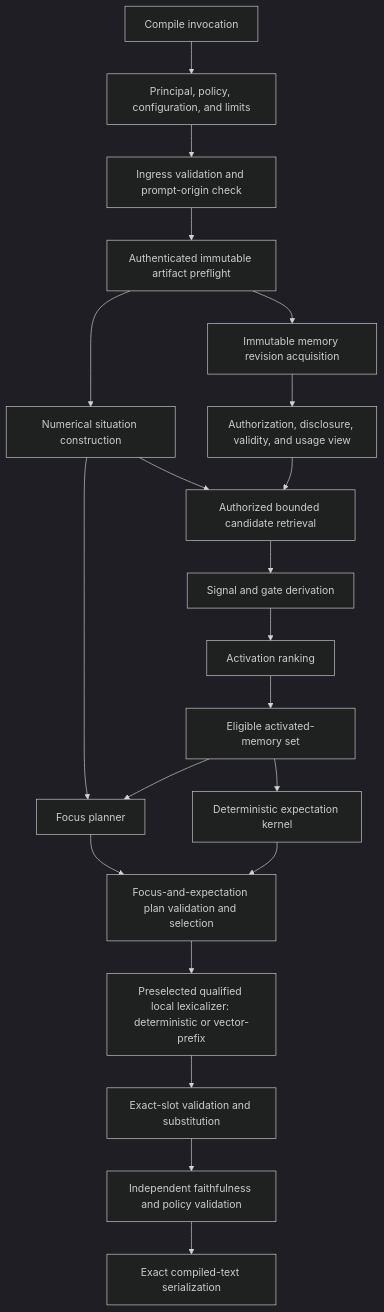
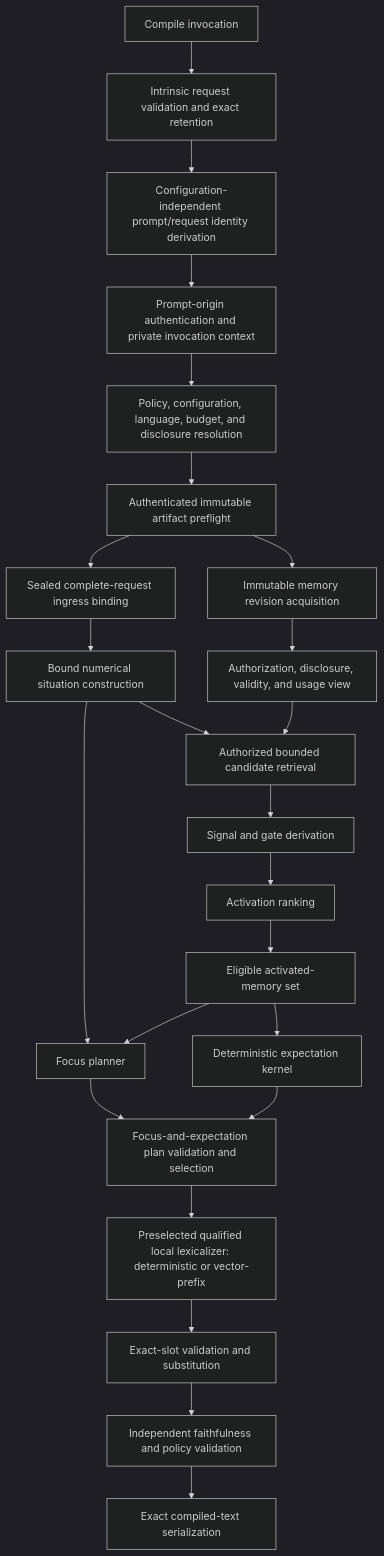
The first of 8 diagrams in docs/specifications/v1-reference-architecture.md (Lamentis-operating-systems/nemosyne), drawn with Mermaid (dark theme) before and after one commit. The commit also changed other lines of this file and 6 other files, not shown here.

Commit message:
Bind the complete V1 compile request

````diff
--- a/docs/specifications/v1-reference-architecture.md
+++ b/docs/specifications/v1-reference-architecture.md
@@ -53,23 +53,26 @@
 ```mermaid
 flowchart TD
-    I["Compile invocation"] --> C["Principal, policy, configuration, and limits"]
-    C --> V["Ingress validation and prompt-origin check"]
-    V --> A["Authenticated immutable artifact preflight"]
-    A --> Q["Numerical situation construction"]
-    A --> M["Immutable memory revision acquisition"]
-    M --> P["Authorization, disclosure, validity, and usage view"]
-    Q --> R["Authorized bounded candidate retrieval"]
-    P --> R
-    R --> D["Signal and gate derivation"]
-    D --> K["Activation ranking"]
-    K --> S["Eligible activated-memory set"]
-    Q --> F["Focus planner"]
-    S --> F["Focus planner"]
-    S --> E["Deterministic expectation kernel"]
-    F --> J["Focus-and-expectation plan validation and selection"]
-    E --> J
-    J --> L["Preselected qualified local lexicalizer: deterministic or vector-prefix"]
-    L --> Z["Exact-slot validation and substitution"]
-    Z --> H["Independent faithfulness and policy validation"]
-    H --> O["Exact compiled-text serialization"]
+    IV["Compile invocation"] --> IR["Intrinsic request validation and exact retention"]
+    IR --> ID["Configuration-independent prompt/request identity derivation"]
+    ID --> AU["Prompt-origin authentication and private invocation context"]
+    AU --> RC["Policy, configuration, language, budget, and disclosure resolution"]
+    RC --> AP["Authenticated immutable artifact preflight"]
+    AP --> IB["Sealed complete-request ingress binding"]
+    IB --> QS["Bound numerical situation construction"]
+    AP --> MR["Immutable memory revision acquisition"]
+    MR --> AV["Authorization, disclosure, validity, and usage view"]
+    QS --> RET["Authorized bounded candidate retrieval"]
+    AV --> RET
+    RET --> SIG["Signal and gate derivation"]
+    SIG --> ACT["Activation ranking"]
+    ACT --> SH["Eligible activated-memory set"]
+    QS --> FOC["Focus planner"]
+    SH --> FOC
+    SH --> EXP["Deterministic expectation kernel"]
+    FOC --> PLN["Focus-and-expectation plan validation and selection"]
+    EXP --> PLN
+    PLN --> LEX["Preselected qualified local lexicalizer: deterministic or vector-prefix"]
+    LEX --> SLOT["Exact-slot validation and substitution"]
+    SLOT --> VAL["Independent faithfulness and policy validation"]
+    VAL --> OUT["Exact compiled-text serialization"]
 ```
````
